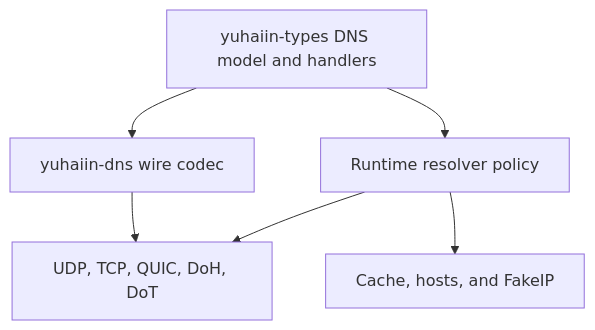
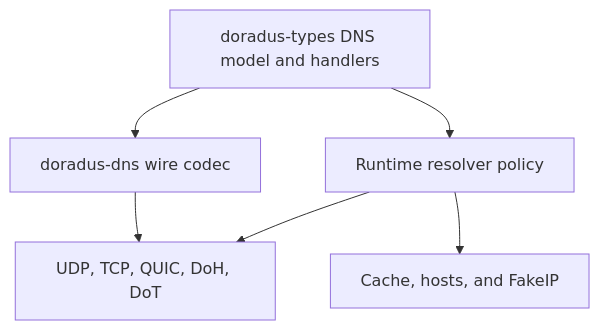
One commit to yuhaiin/doradus changed the eighth of 11 diagrams in docs/ARCHITECTURE.md. Above: the diagram before and after it, drawn with Mermaid. The commit also changed other lines of this file and 729 other files, not shown here.

First line of the commit message:
Refactor integration scripts to replace 'yuhaiin' with 'doradus'

```diff
--- a/docs/ARCHITECTURE.md
+++ b/docs/ARCHITECTURE.md
@@ -437,13 +446,13 @@
 ~~~mermaid
 flowchart TD
-    CONTRACT[yuhaiin-types DNS model and handlers]
-    CODEC[yuhaiin-dns wire codec]
+    CONTRACT[doradus-types DNS model and handlers]
+    CODEC[doradus-dns wire codec]
     POLICY[Runtime resolver policy]
     TRANSPORT[UDP, TCP, QUIC, DoH, DoT]
     CACHE[Cache, hosts, and FakeIP]
     CONTRACT --> CODEC
     CONTRACT --> POLICY
     POLICY --> CACHE
     POLICY --> TRANSPORT
     CODEC --> TRANSPORT
 ~~~
```
